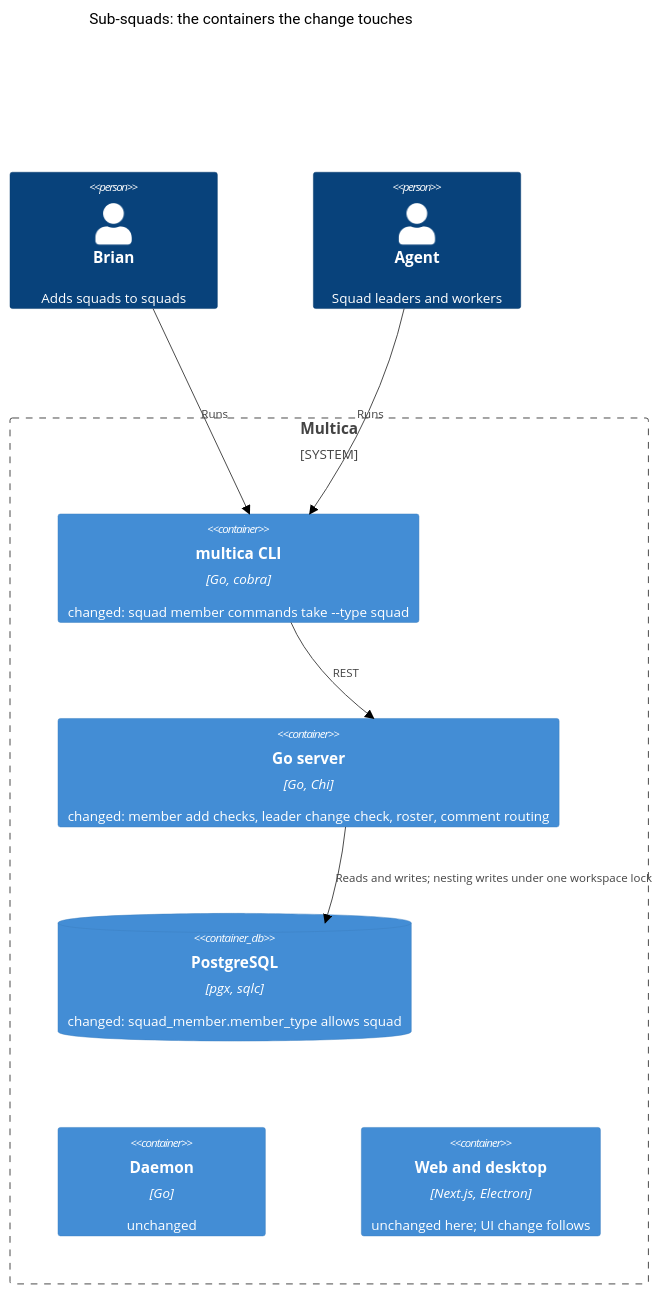
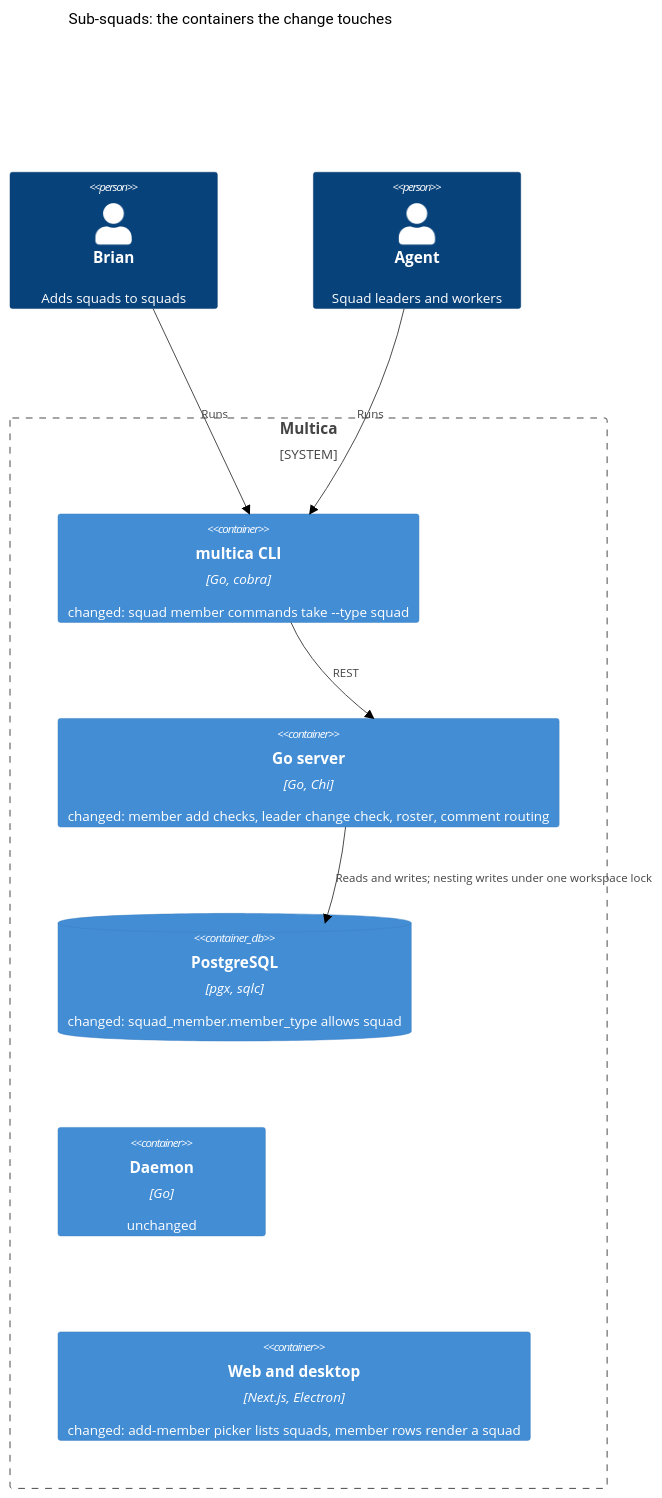
The first of 4 diagrams in specs/openspec/changes/sub-squads/design.md (appboypov/multica), drawn with Mermaid (forest theme) before and after one commit. The commit also changed other lines of this file and 21 other files, not shown here.

First line of the commit message:
feat(squads): let a squad hold squads as members (WORK-1042)

````diff
--- a/specs/openspec/changes/sub-squads/design.md
+++ b/specs/openspec/changes/sub-squads/design.md
@@ -5,17 +5,17 @@
 ```mermaid
 C4Container
   title Sub-squads: the containers the change touches
   Person(brian, "Brian", "Adds squads to squads")
   Person(agent, "Agent", "Squad leaders and workers")
   System_Boundary(product, "Multica") {
     Container(cli, "multica CLI", "Go, cobra", "changed: squad member commands take --type squad")
     Container(server, "Go server", "Go, Chi", "changed: member add checks, leader change check, roster, comment routing")
     ContainerDb(pg, "PostgreSQL", "pgx, sqlc", "changed: squad_member.member_type allows squad")
     Container(daemon, "Daemon", "Go", "unchanged")
-    Container(web, "Web and desktop", "Next.js, Electron", "unchanged here; UI change follows")
+    Container(web, "Web and desktop", "Next.js, Electron", "changed: add-member picker lists squads, member rows render a squad")
   }
   Rel(brian, cli, "Runs")
   Rel(agent, cli, "Runs")
   Rel(cli, server, "REST")
   Rel(server, pg, "Reads and writes; nesting writes under one workspace lock")
 ```
````
